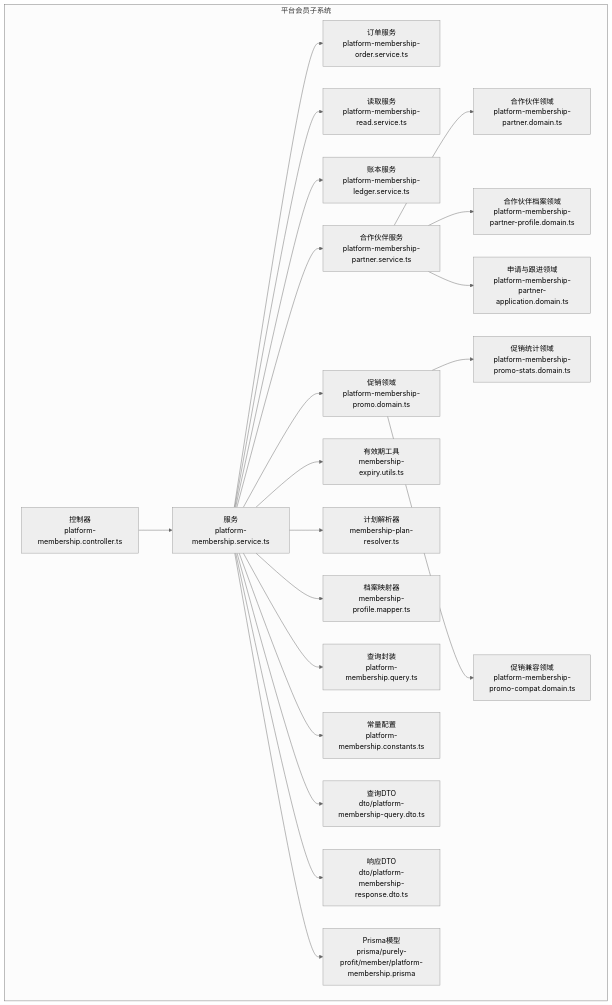
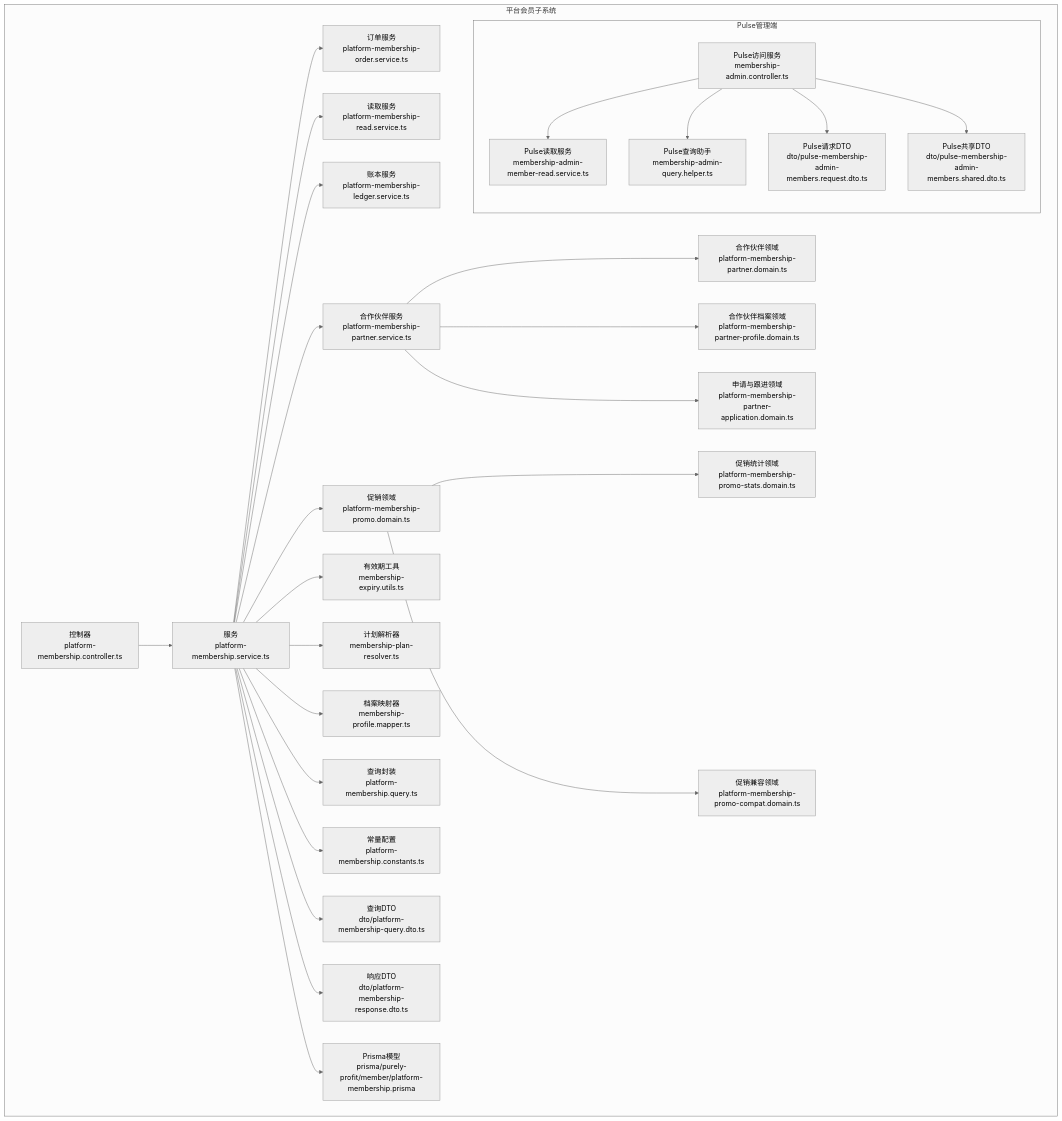
The first of 12 diagrams in .qoder/repowiki/zh/content/业务模块/会员管理模块/平台会员管理.md (rc558620/purelyprofit-server), drawn with Mermaid (neutral theme) before and after one commit. The commit also changed other lines of this file and 30 other files, not shown here.

````diff
--- a/.qoder/repowiki/zh/content/业务模块/会员管理模块/平台会员管理.md
+++ b/.qoder/repowiki/zh/content/业务模块/会员管理模块/平台会员管理.md
@@ -61,44 +69,55 @@
 ```mermaid
 graph TB
 subgraph "平台会员子系统"
 C["控制器<br/>platform-membership.controller.ts"]
 S["服务<br/>platform-membership.service.ts"]
 OS["订单服务<br/>platform-membership-order.service.ts"]
 RS["读取服务<br/>platform-membership-read.service.ts"]
 LS["账本服务<br/>platform-membership-ledger.service.ts"]
 PS["合作伙伴服务<br/>platform-membership-partner.service.ts"]
 PD["合作伙伴领域<br/>platform-membership-partner.domain.ts"]
 PP["合作伙伴档案领域<br/>platform-membership-partner-profile.domain.ts"]
 PA["申请与跟进领域<br/>platform-membership-partner-application.domain.ts"]
 PR["促销领域<br/>platform-membership-promo.domain.ts"]
 PRC["促销兼容领域<br/>platform-membership-promo-compat.domain.ts"]
 PRS["促销统计领域<br/>platform-membership-promo-stats.domain.ts"]
 EX["有效期工具<br/>membership-expiry.utils.ts"]
 MR["计划解析器<br/>membership-plan-resolver.ts"]
 MP["档案映射器<br/>membership-profile.mapper.ts"]
 Q["查询封装<br/>platform-membership.query.ts"]
 ST["常量配置<br/>platform-membership.constants.ts"]
 DTOQ["查询DTO<br/>dto/platform-membership-query.dto.ts"]
 DTOR["响应DTO<br/>dto/platform-membership-response.dto.ts"]
 D["Prisma模型<br/>prisma/purely-profit/member/platform-membership.prisma"]
+subgraph "Pulse管理端"
+PAC["Pulse访问服务<br/>membership-admin.controller.ts"]
+PAR["Pulse读取服务<br/>membership-admin-member-read.service.ts"]
+PAQ["Pulse查询助手<br/>membership-admin-query.helper.ts"]
+PARD["Pulse请求DTO<br/>dto/pulse-membership-admin-members.request.dto.ts"]
+PASD["Pulse共享DTO<br/>dto/pulse-membership-admin-members.shared.dto.ts"]
+end
 end
 C --> S
 S --> OS
 S --> RS
 S --> LS
 S --> PS
 PS --> PD
 PS --> PP
 PS --> PA
 S --> PR
 PR --> PRS
 PR --> PRC
 S --> EX
 S --> MR
 S --> MP
 S --> Q
 S --> ST
 S --> DTOQ
 S --> DTOR
 S --> D
+PAC --> PAR
+PAC --> PAQ
+PAC --> PARD
+PAC --> PASD
 ```
````
